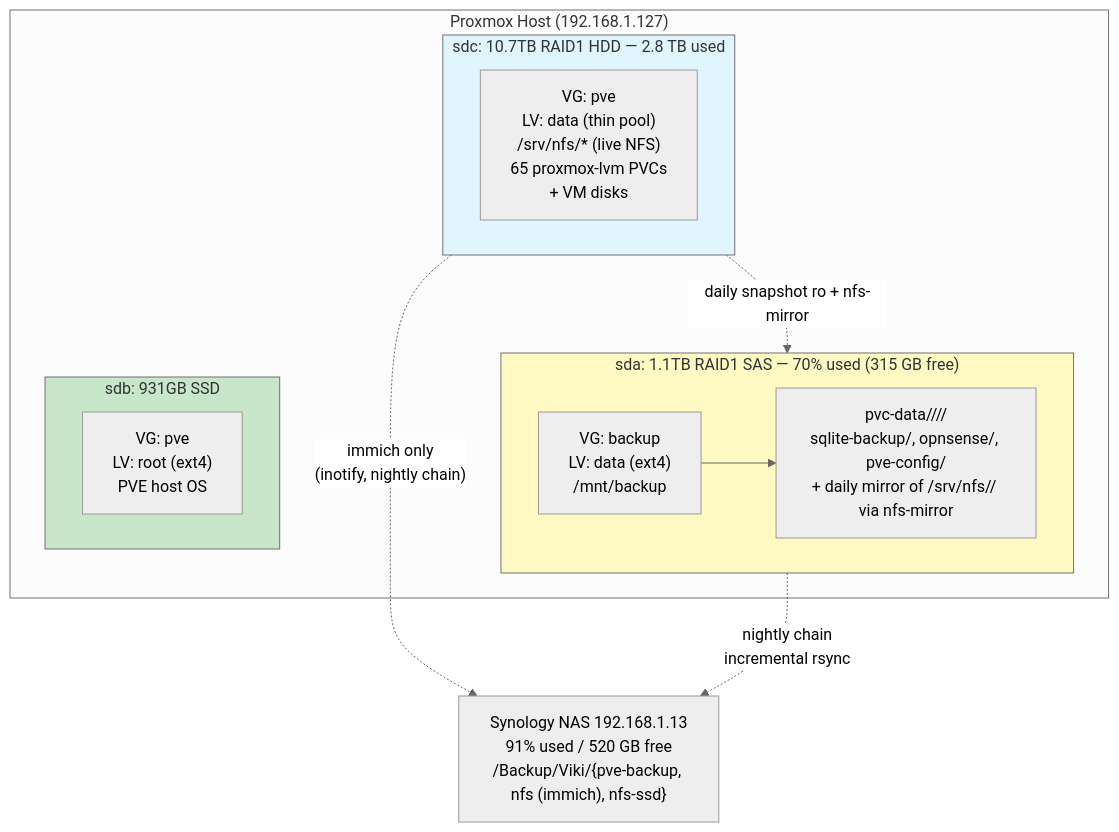
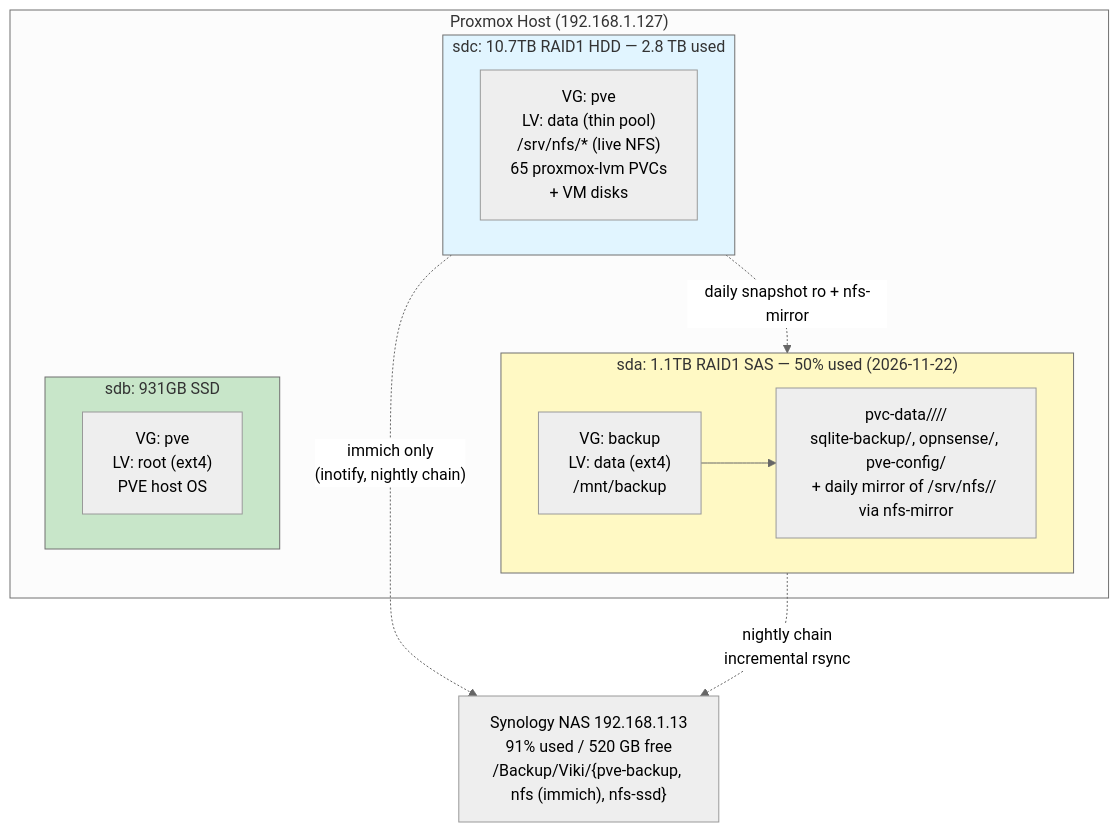
The fourth of 6 diagrams in docs/architecture/backup-dr.md (ViktorBarzin/infra), drawn with Mermaid (neutral theme) before and after one commit. The commit also changed other lines of this file and 3 other files, not shown here.

````diff
--- a/docs/architecture/backup-dr.md
+++ b/docs/architecture/backup-dr.md
@@ -280,29 +290,29 @@
 ```mermaid
 graph TB
     subgraph PVE["Proxmox Host (192.168.1.127)"]
-        subgraph sda["sda: 1.1TB RAID1 SAS — 70% used (315 GB free)"]
+        subgraph sda["sda: 1.1TB RAID1 SAS — 50% used (2026-11-22)"]
             sda_vg["VG: backup<br/>LV: data (ext4)<br/>/mnt/backup"]
             sda_content["pvc-data/<YYYY-WW>/<ns>/<pvc>/<br/>sqlite-backup/, opnsense/, pve-config/<br/>+ daily mirror of /srv/nfs/<svc>/ via nfs-mirror"]
         end
 
         subgraph sdb["sdb: 931GB SSD"]
             sdb_vg["VG: pve<br/>LV: root (ext4)<br/>PVE host OS"]
         end
 
         subgraph sdc["sdc: 10.7TB RAID1 HDD — 2.8 TB used"]
             sdc_vg["VG: pve<br/>LV: data (thin pool)<br/>/srv/nfs/* (live NFS)<br/>65 proxmox-lvm PVCs<br/>+ VM disks"]
         end
 
         sda_vg --> sda_content
     end
 
     sdc -. "daily snapshot ro + nfs-mirror" .-> sda
     sdc -. "immich only<br/>(inotify, nightly chain)" .-> Synology
     sda -. "nightly chain<br/>incremental rsync" .-> Synology
 
     Synology["Synology NAS 192.168.1.13<br/>91% used / 520 GB free<br/>/Backup/Viki/{pve-backup, nfs (immich), nfs-ssd}"]
 
     style sda fill:#fff9c4
     style sdb fill:#c8e6c9
     style sdc fill:#e1f5ff
 ```
````
